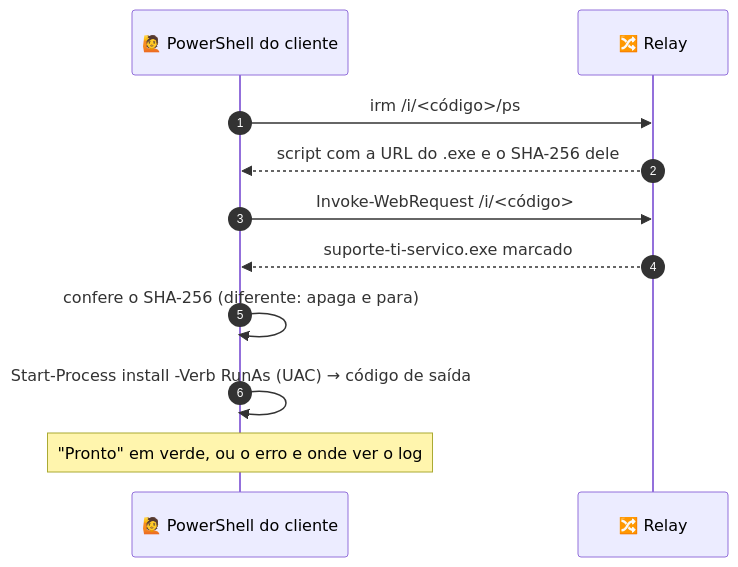
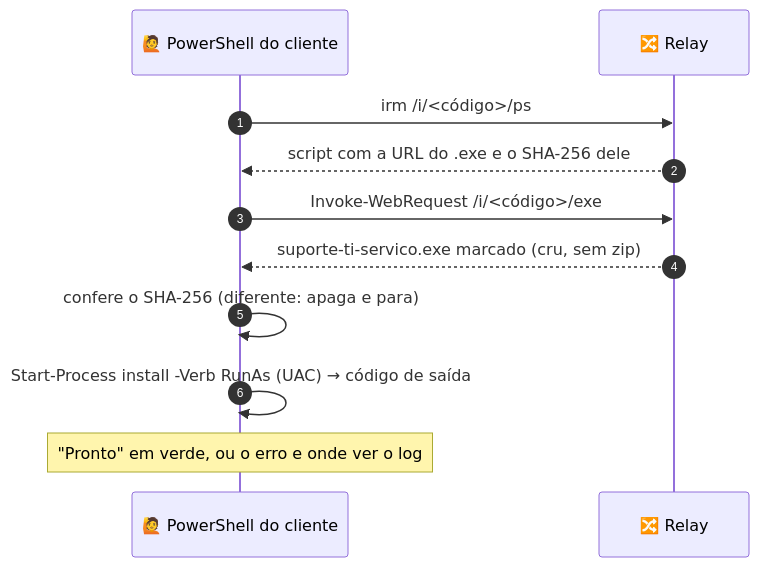
Before and after one commit to caetasousa/remoteIT: diagram 19 of 21 in docs/FLUXOS.md, drawn with Mermaid. The commit also changed other lines of this file and 15 other files, not shown here.

````diff
--- a/docs/FLUXOS.md
+++ b/docs/FLUXOS.md
@@ -650,13 +651,13 @@
 ```mermaid
 sequenceDiagram
     autonumber
     participant C as 🙋 PowerShell do cliente
     participant R as 🔀 Relay
     C->>R: irm /i/<código>/ps
     R-->>C: script com a URL do .exe e o SHA-256 dele
-    C->>R: Invoke-WebRequest /i/<código>
-    R-->>C: suporte-ti-servico.exe marcado
+    C->>R: Invoke-WebRequest /i/<código>/exe
+    R-->>C: suporte-ti-servico.exe marcado (cru, sem zip)
     C->>C: confere o SHA-256 (diferente: apaga e para)
     C->>C: Start-Process install -Verb RunAs (UAC) → código de saída
     Note over C: "Pronto" em verde, ou o erro e onde ver o log
 ```
````
